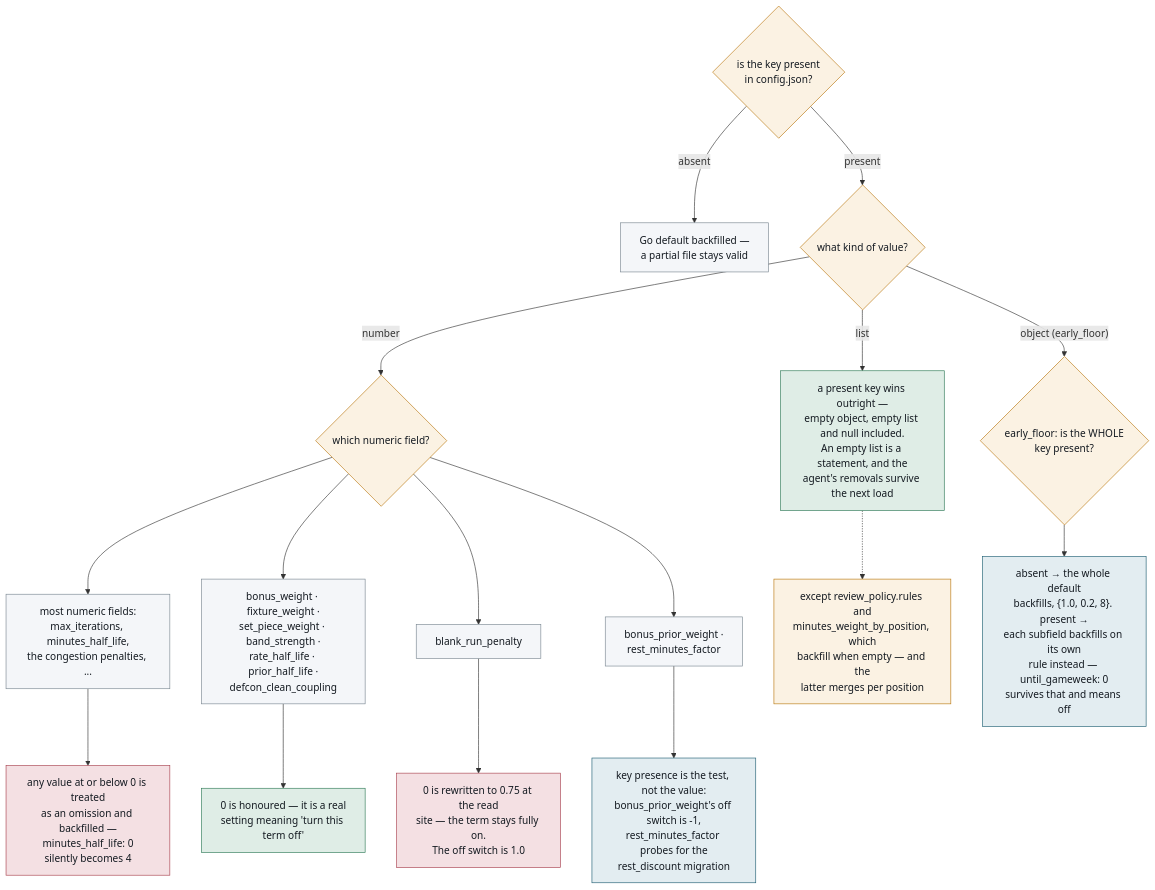
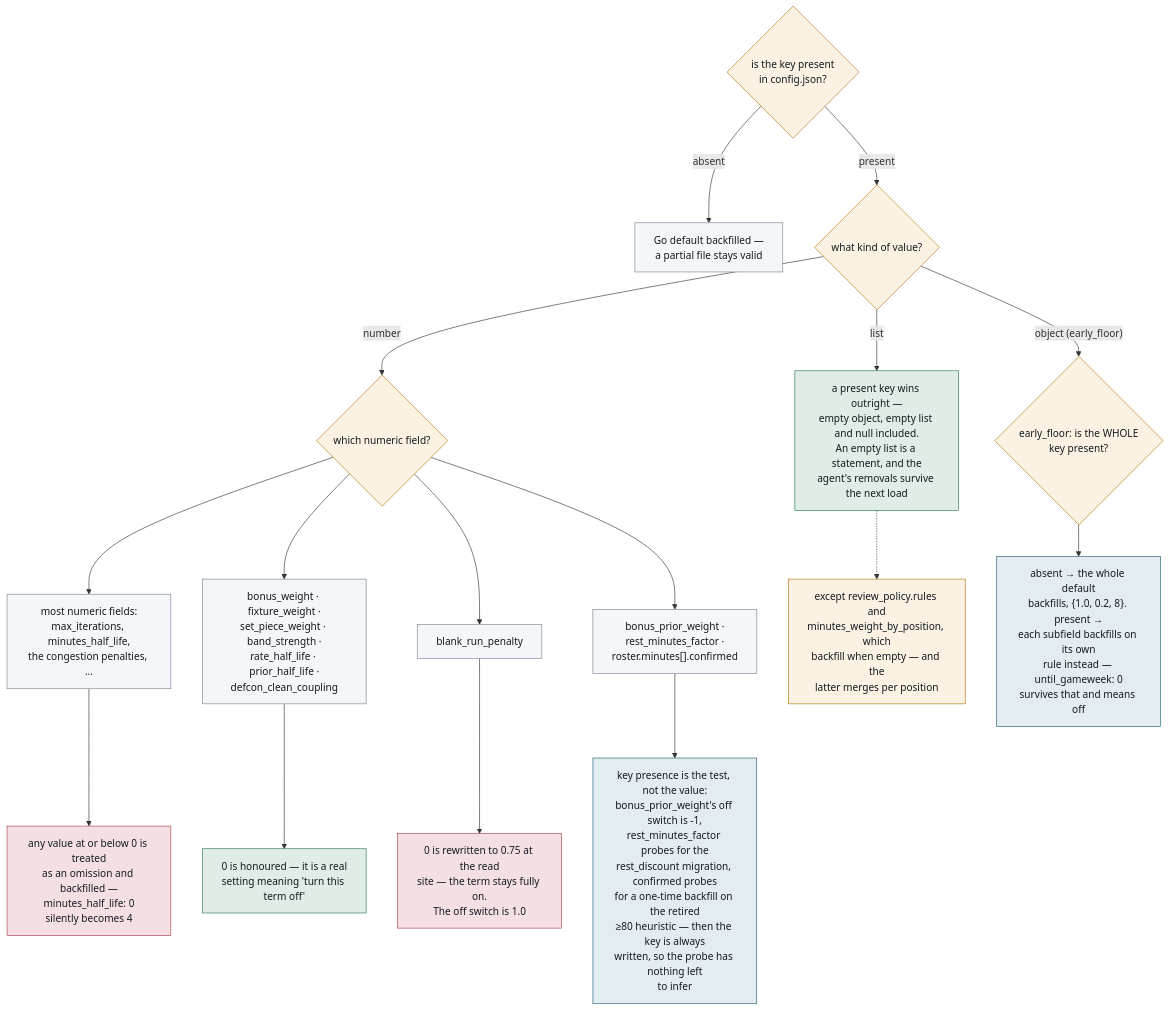
One commit to beeradb/FPL-Armband changed the first of 3 diagrams in docs/configuration.md. Above: the diagram before and after it, drawn with Mermaid. The commit also changed other lines of this file, not shown here.

First line of the commit message:
Fix review findings on the Confirmed-field documentation

````diff
--- a/docs/configuration.md
+++ b/docs/configuration.md
@@ -59,45 +62,45 @@
 ```mermaid
 flowchart TB
     key{"is the key present<br/>in config.json?"}
     def["Go default backfilled —<br/>a partial file stays valid"]
     shape{"what kind of value?"}
 
     numgroup{"which numeric field?"}
     most["most numeric fields:<br/>max_iterations, minutes_half_life,<br/>the congestion penalties, ..."]
     trap1["any value at or below 0 is treated<br/>as an omission and backfilled —<br/>minutes_half_life: 0<br/>silently becomes 4"]
     zerook["bonus_weight · fixture_weight ·<br/>set_piece_weight · band_strength ·<br/>rate_half_life · prior_half_life ·<br/>defcon_clean_coupling"]
     honoured["0 is honoured — it is a real<br/>setting meaning 'turn this term off'"]
     brp["blank_run_penalty"]
     trap2["0 is rewritten to 0.75 at the read<br/>site — the term stays fully on.<br/>The off switch is 1.0"]
-    probe["bonus_prior_weight ·<br/>rest_minutes_factor"]
-    presence["key presence is the test, not the value:<br/>bonus_prior_weight's off switch is -1,<br/>rest_minutes_factor probes for the<br/>rest_discount migration"]
+    probe["bonus_prior_weight ·<br/>rest_minutes_factor ·<br/>roster.minutes[].confirmed"]
+    presence["key presence is the test, not the value:<br/>bonus_prior_weight's off switch is -1,<br/>rest_minutes_factor probes for the<br/>rest_discount migration, confirmed probes<br/>for a one-time backfill on the retired<br/>≥80 heuristic — then the key is always<br/>written, so the probe has nothing left<br/>to infer"]
 
     listrule["a present key wins outright —<br/>empty object, empty list and null included.<br/>An empty list is a statement, and the<br/>agent's removals survive the next load"]
     listexc["except review_policy.rules and<br/>minutes_weight_by_position, which<br/>backfill when empty — and the<br/>latter merges per position"]
 
     objgroup{"early_floor: is the WHOLE<br/>key present?"}
     objpresent["absent → the whole default<br/>backfills, {1.0, 0.2, 8}. present →<br/>each subfield backfills on its own<br/>rule instead — until_gameweek: 0<br/>survives that and means off"]
 
     key -->|"absent"| def
     key -->|"present"| shape
     shape -->|"number"| numgroup
     shape -->|"list"| listrule
     shape -->|"object (early_floor)"| objgroup
     numgroup --> most --> trap1
     numgroup --> zerook --> honoured
     numgroup --> brp --> trap2
     numgroup --> probe --> presence
     listrule -.-> listexc
     objgroup --> objpresent
 
     classDef io fill:#F4E0E3,stroke:#A8404E,color:#141A21
     classDef pure fill:#E3EDF1,stroke:#1F5F73,color:#141A21
     classDef llm fill:#DFEDE6,stroke:#2F7A57,color:#141A21
     classDef test fill:#FBF2E3,stroke:#B9770E,color:#141A21
     classDef muted fill:#F4F6F9,stroke:#7A8791,color:#141A21
     class key,shape,numgroup,listexc,objgroup test
     class def,most,zerook,brp,probe muted
     class trap1,trap2 io
     class honoured,listrule llm
     class presence,objpresent pure
 ```
````
